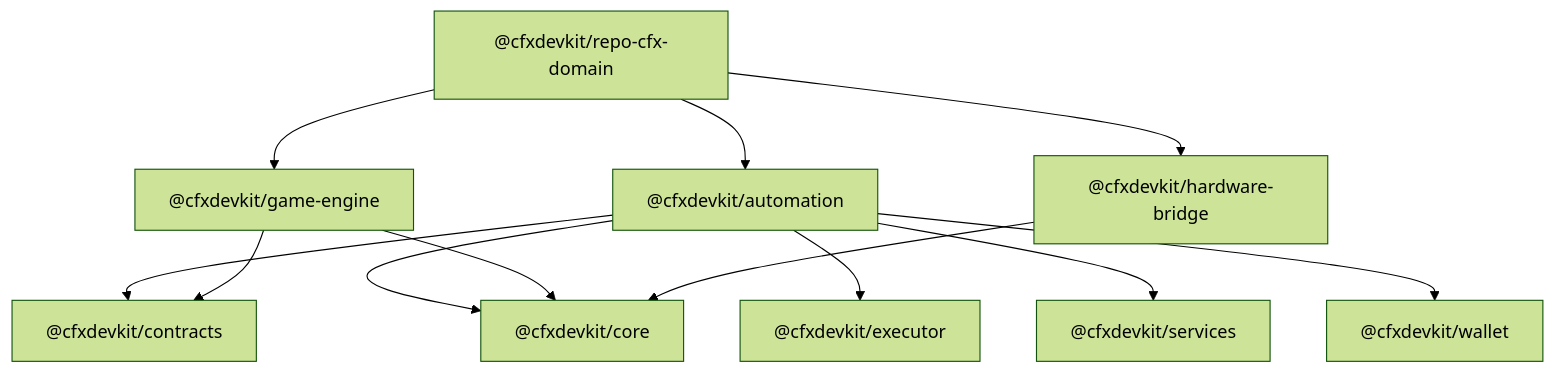
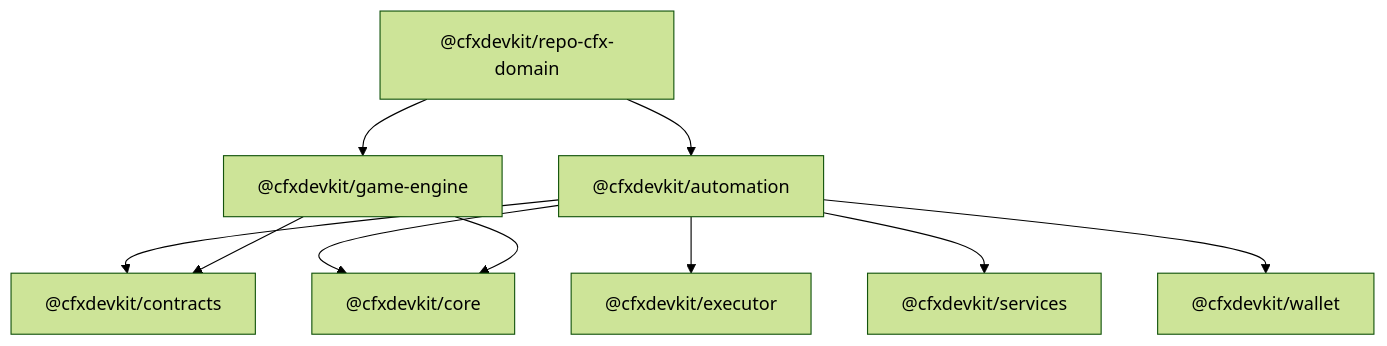
One commit to cfxdevkit/framework changed the diagram in repos/cfx-tools/packages/docs-site/content/wiki/other-cfx-domain.mdx. Above: the diagram before and after it, drawn with Mermaid (forest theme). The commit also changed other lines of this file and 437 other files, not shown here.

First line of the commit message:
refactor: remove hardware-bridge domain and legacy showcase apps

````diff
--- a/repos/cfx-tools/packages/docs-site/content/wiki/other-cfx-domain.mdx
+++ b/repos/cfx-tools/packages/docs-site/content/wiki/other-cfx-domain.mdx
@@ -32,17 +31,14 @@
 ```mermaid
 graph TD
     A["@cfxdevkit/repo-cfx-domain"] --> B["@cfxdevkit/automation"]
     A --> C["@cfxdevkit/game-engine"]
-    A --> D["@cfxdevkit/hardware-bridge"]
 
     B --> E["@cfxdevkit/contracts"]
     B --> F["@cfxdevkit/core"]
     B --> G["@cfxdevkit/executor"]
     B --> H["@cfxdevkit/services"]
     B --> I["@cfxdevkit/wallet"]
 
     C --> E
     C --> F
-
-    D --> F
 ```
````
